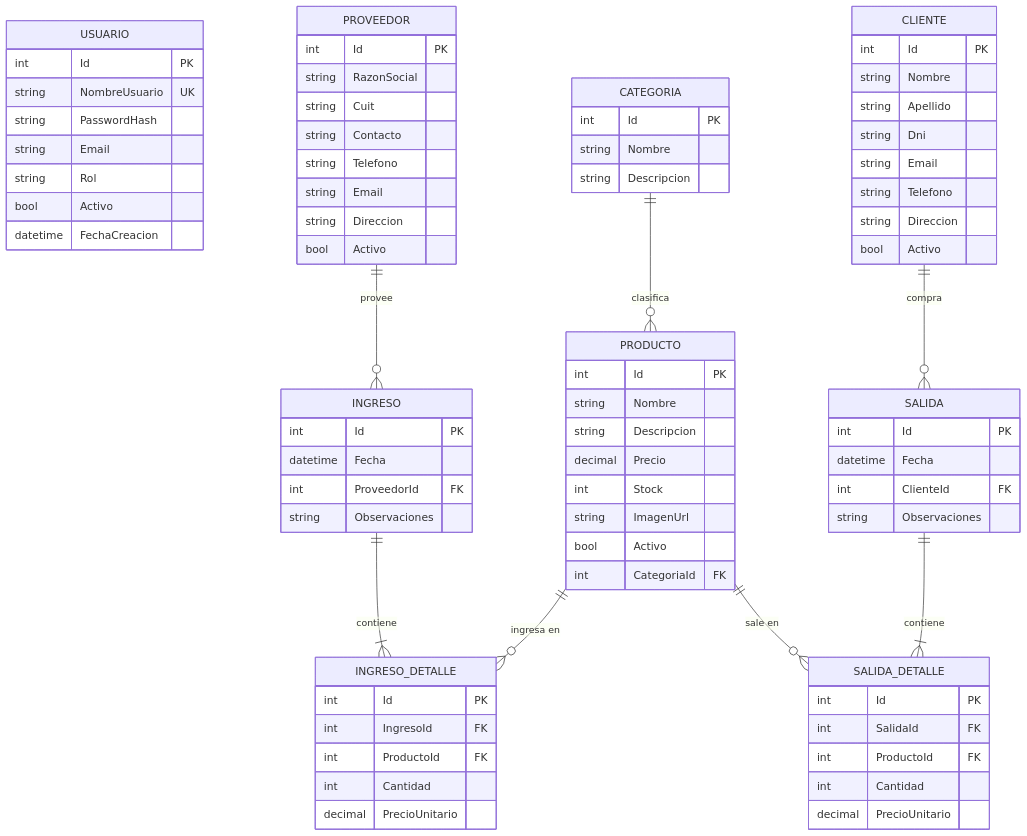
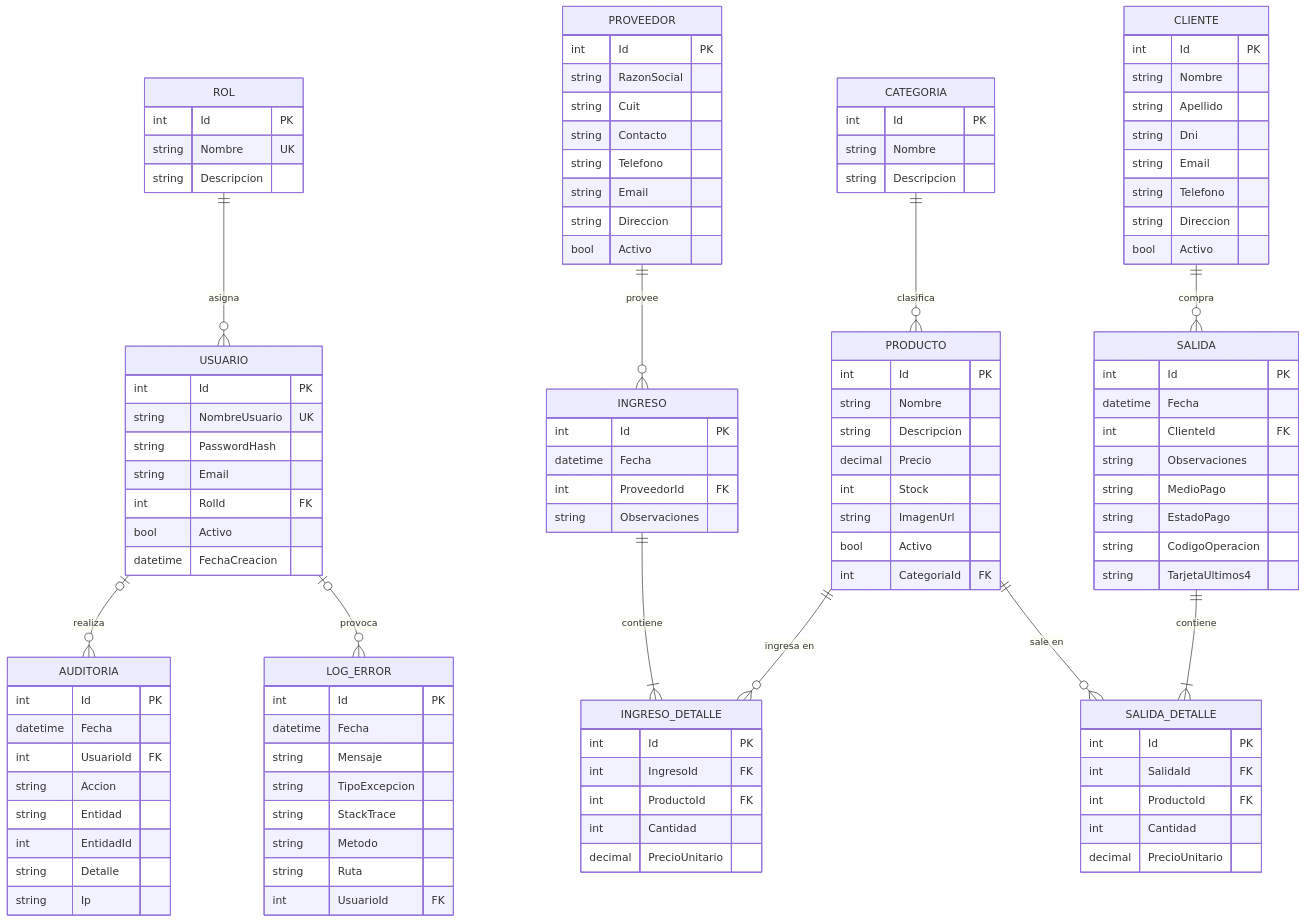
The diagram in TiendaAPI/docs/DER.mmd (FacundoKern/Trabajo6_PonceKern), drawn with Mermaid before and after one commit. The commit also changed 3 other files, not shown here.

```diff
--- a/TiendaAPI/docs/DER.mmd
+++ b/TiendaAPI/docs/DER.mmd
@@ -1,87 +1,122 @@
 erDiagram
+    ROL {
+        int Id PK
+        string Nombre UK
+        string Descripcion
+    }
+
     USUARIO {
         int Id PK
         string NombreUsuario UK
         string PasswordHash
         string Email
-        string Rol
+        int RolId FK
         bool Activo
         datetime FechaCreacion
     }
 
     CATEGORIA {
         int Id PK
         string Nombre
         string Descripcion
     }
 
     PRODUCTO {
         int Id PK
         string Nombre
         string Descripcion
         decimal Precio
         int Stock
         string ImagenUrl
         bool Activo
         int CategoriaId FK
     }
 
     PROVEEDOR {
         int Id PK
         string RazonSocial
         string Cuit
         string Contacto
         string Telefono
         string Email
         string Direccion
         bool Activo
     }
 
     CLIENTE {
         int Id PK
         string Nombre
         string Apellido
         string Dni
         string Email
         string Telefono
         string Direccion
         bool Activo
     }
 
     INGRESO {
         int Id PK
         datetime Fecha
         int ProveedorId FK
         string Observaciones
     }
 
     INGRESO_DETALLE {
         int Id PK
         int IngresoId FK
         int ProductoId FK
         int Cantidad
         decimal PrecioUnitario
     }
 
     SALIDA {
         int Id PK
         datetime Fecha
         int ClienteId FK
         string Observaciones
+        string MedioPago
+        string EstadoPago
+        string CodigoOperacion
+        string TarjetaUltimos4
     }
 
     SALIDA_DETALLE {
         int Id PK
         int SalidaId FK
         int ProductoId FK
         int Cantidad
         decimal PrecioUnitario
     }
 
+    AUDITORIA {
+        int Id PK
+        datetime Fecha
+        int UsuarioId FK
+        string Accion
+        string Entidad
+        int EntidadId
+        string Detalle
+        string Ip
+    }
+
+    LOG_ERROR {
+        int Id PK
+        datetime Fecha
+        string Mensaje
+        string TipoExcepcion
+        string StackTrace
+        string Metodo
+        string Ruta
+        int UsuarioId FK
+    }
+
+    ROL       ||--o{ USUARIO : "asigna"
+    USUARIO   |o--o{ AUDITORIA : "realiza"
+    USUARIO   |o--o{ LOG_ERROR : "provoca"
     CATEGORIA ||--o{ PRODUCTO : "clasifica"
     PROVEEDOR ||--o{ INGRESO : "provee"
     CLIENTE   ||--o{ SALIDA   : "compra"
     INGRESO   ||--|{ INGRESO_DETALLE : "contiene"
     SALIDA    ||--|{ SALIDA_DETALLE  : "contiene"
     PRODUCTO  ||--o{ INGRESO_DETALLE : "ingresa en"
     PRODUCTO  ||--o{ SALIDA_DETALLE  : "sale en"
```
